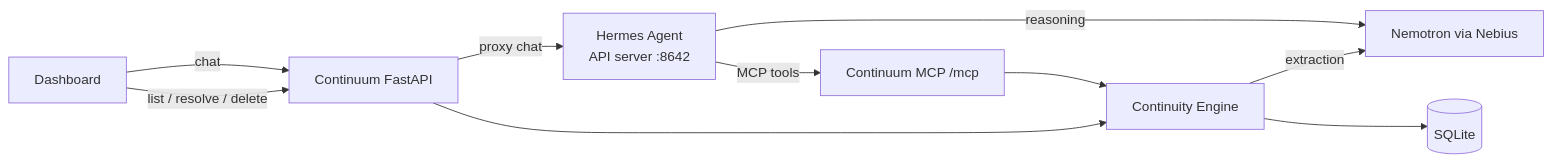
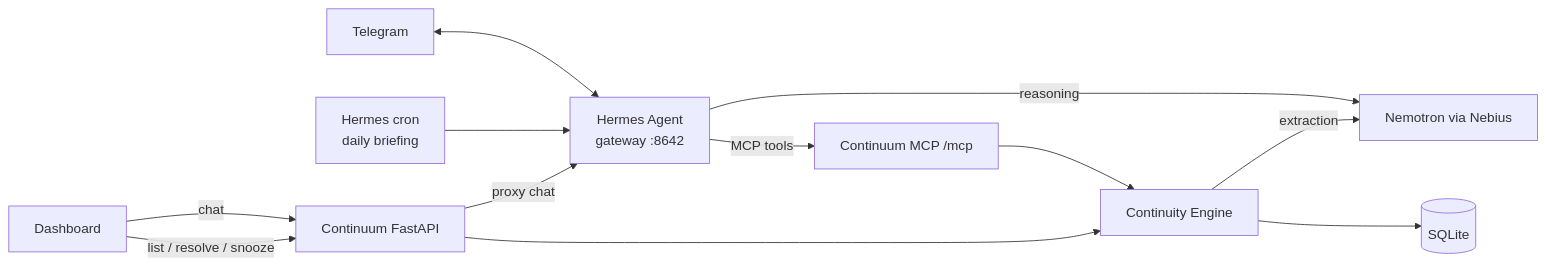
Before and after one commit to ADAMAMZAR/rickrolled_nebiusxtavily: the diagram in README.md, drawn with Mermaid. The commit also changed other lines of this file and 2 other files, not shown here.

````diff
--- a/README.md
+++ b/README.md
@@ -19,12 +27,14 @@
 ```mermaid
 flowchart LR
     UI[Dashboard] -->|chat| API[Continuum FastAPI]
-    UI -->|list / resolve / delete| API
-    API -->|proxy chat| H[Hermes Agent<br/>API server :8642]
+    UI -->|list / resolve / snooze| API
+    TG[Telegram] <--> H
+    CRON[Hermes cron<br/>daily briefing] --> H
+    API -->|proxy chat| H[Hermes Agent<br/>gateway :8642]
     H -->|reasoning| N[Nemotron via Nebius]
     H -->|MCP tools| MCP[Continuum MCP /mcp]
     MCP --> E[Continuity Engine]
     API --> E
     E -->|extraction| N
     E --> DB[(SQLite)]
 ```
````
